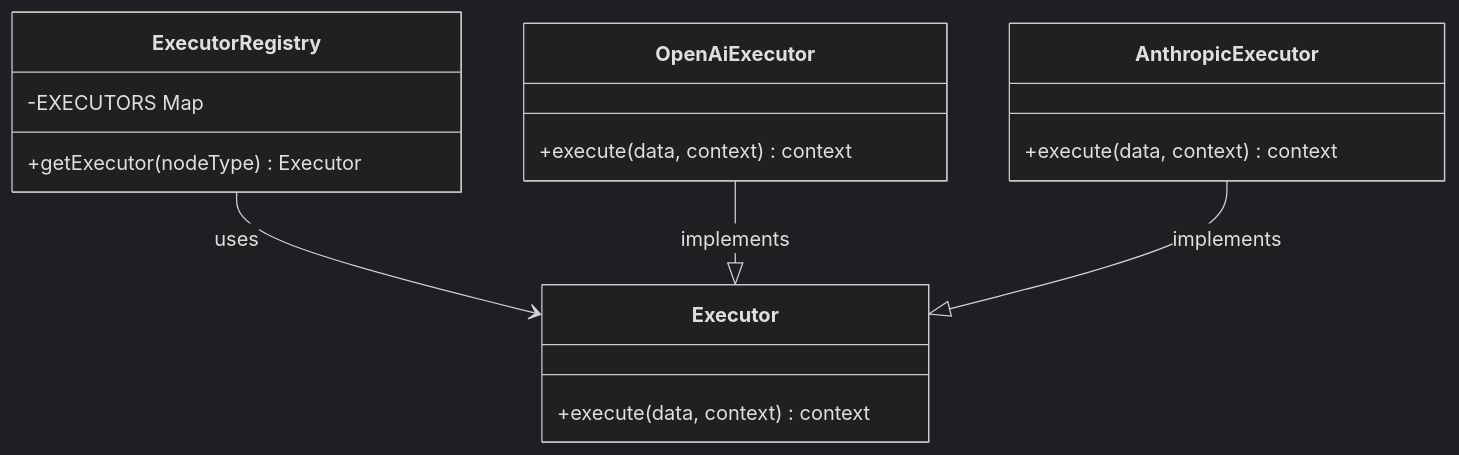
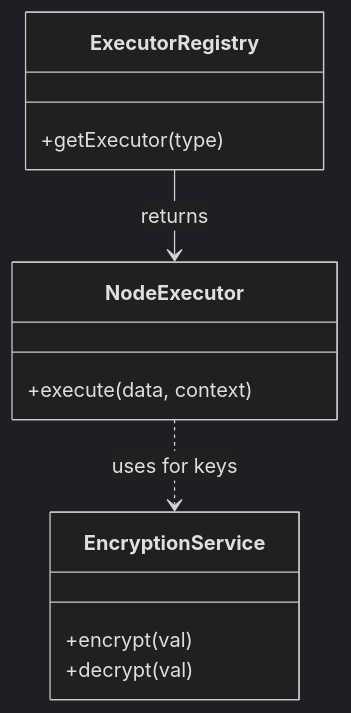
The fifth of 9 diagrams in README.md (Nemathullahkhan/Zerak), drawn with Mermaid (dark theme) before and after one commit. The commit also changed other lines of this file, not shown here.

````diff
--- a/README.md
+++ b/README.md
@@ -406,19 +122,15 @@
 ```mermaid
 classDiagram
-    class ExecutorRegistry {
-        +getExecutor(nodeType) Executor
-        -EXECUTORS Map
-    }
-    class Executor {
-        +execute(data, context) context
-    }
-    class OpenAiExecutor {
-        +execute(data, context) context
-    }
-    class AnthropicExecutor {
-        +execute(data, context) context
-    }
-    ExecutorRegistry --> Executor: uses
-    OpenAiExecutor --|> Executor: implements
-    AnthropicExecutor --|> Executor: implements
+  class ExecutorRegistry {
+    +getExecutor(type)
+  }
+  class NodeExecutor {
+    +execute(data, context)
+  }
+  class EncryptionService {
+    +encrypt(val)
+    +decrypt(val)
+  }
+  ExecutorRegistry --> NodeExecutor : returns
+  NodeExecutor ..> EncryptionService : uses for keys
 ```
````
